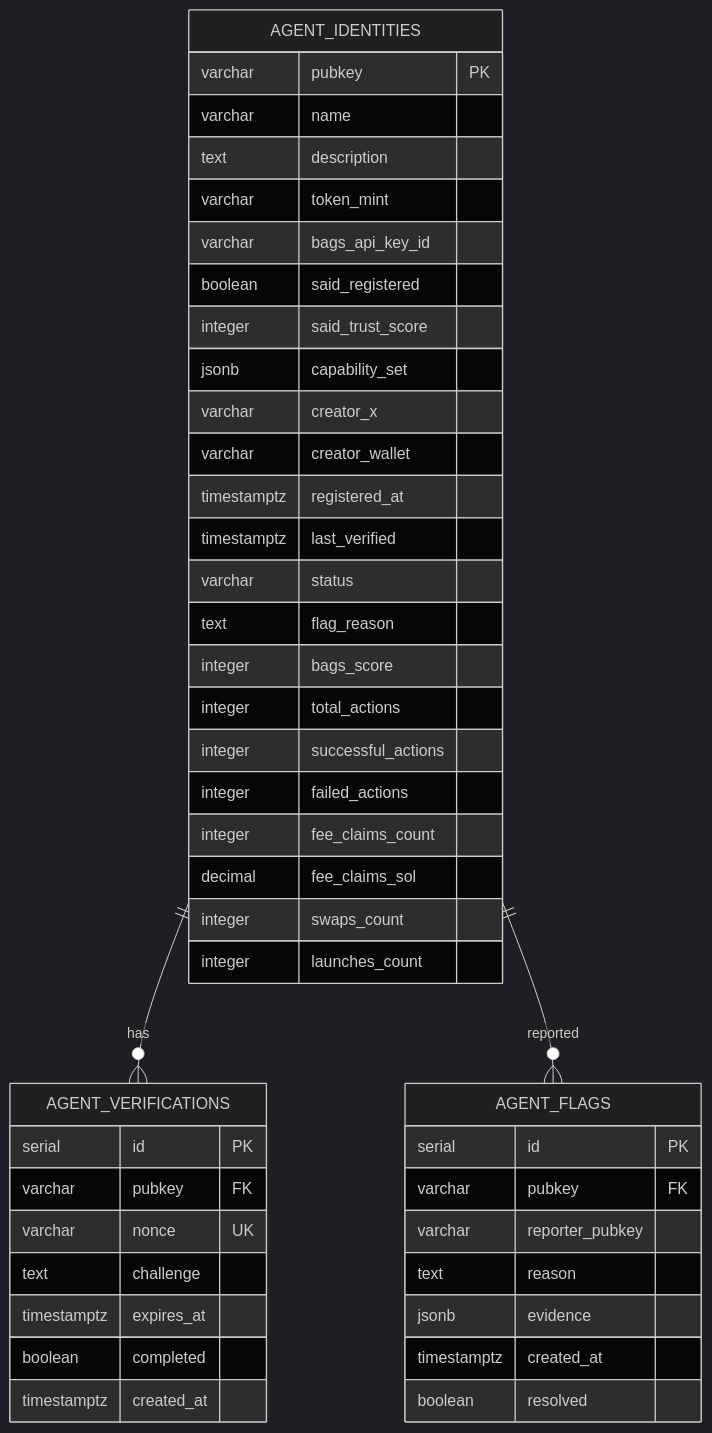
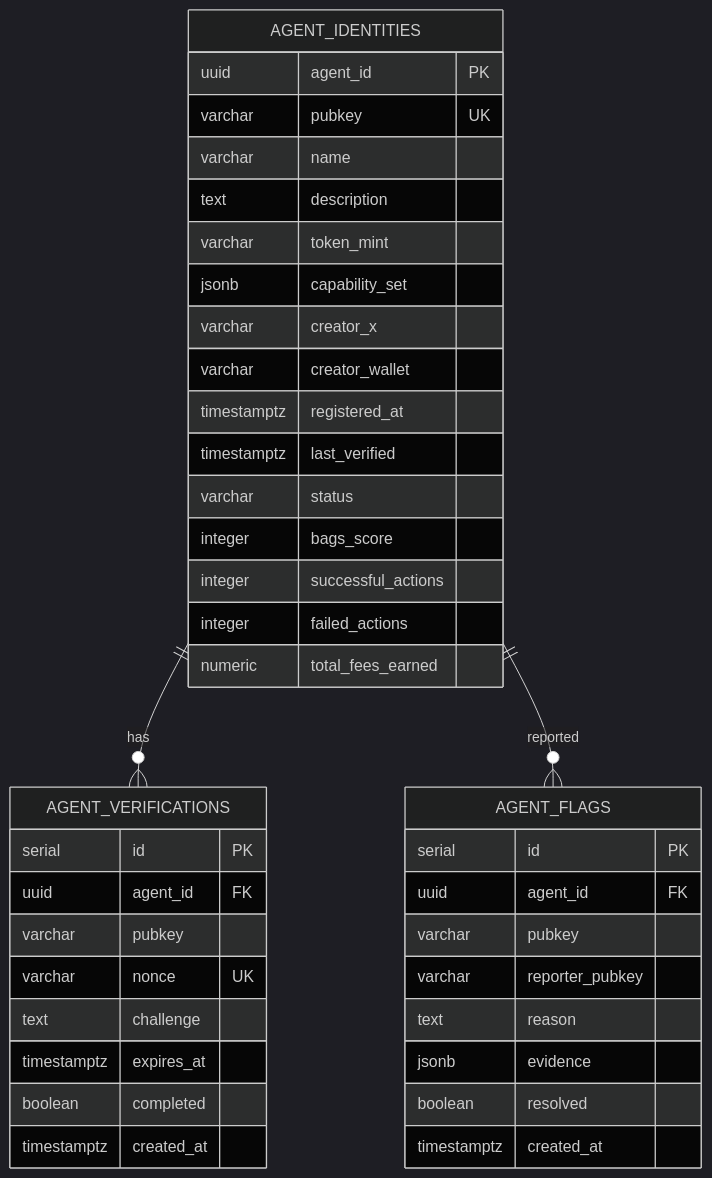
The second of 9 diagrams in .qoder/repowiki/en/content/Database Design/Database Design.md (RunTimeAdmin/AgentID), drawn with Mermaid (dark theme) before and after one commit. The commit also changed other lines of this file and 31 other files, not shown here.

````diff
--- a/.qoder/repowiki/en/content/Database Design/Database Design.md
+++ b/.qoder/repowiki/en/content/Database Design/Database Design.md
@@ -192,47 +226,42 @@
 ```mermaid
 erDiagram
 AGENT_IDENTITIES {
-varchar pubkey PK
+uuid agent_id PK
+varchar pubkey UK
 varchar name
 text description
 varchar token_mint
-varchar bags_api_key_id
-boolean said_registered
-integer said_trust_score
 jsonb capability_set
 varchar creator_x
 varchar creator_wallet
 timestamptz registered_at
 timestamptz last_verified
 varchar status
-text flag_reason
 integer bags_score
-integer total_actions
 integer successful_actions
 integer failed_actions
-integer fee_claims_count
-decimal fee_claims_sol
-integer swaps_count
-integer launches_count
+numeric total_fees_earned
 }
 AGENT_VERIFICATIONS {
 serial id PK
-varchar pubkey FK
+uuid agent_id FK
+varchar pubkey
 varchar nonce UK
 text challenge
 timestamptz expires_at
 boolean completed
 timestamptz created_at
 }
 AGENT_FLAGS {
 serial id PK
-varchar pubkey FK
+uuid agent_id FK
+varchar pubkey
 varchar reporter_pubkey
 text reason
 jsonb evidence
+boolean resolved
 timestamptz created_at
-boolean resolved
 }
 AGENT_IDENTITIES ||--o{ AGENT_VERIFICATIONS : "has"
 AGENT_IDENTITIES ||--o{ AGENT_FLAGS : "reported"
 ```
````
